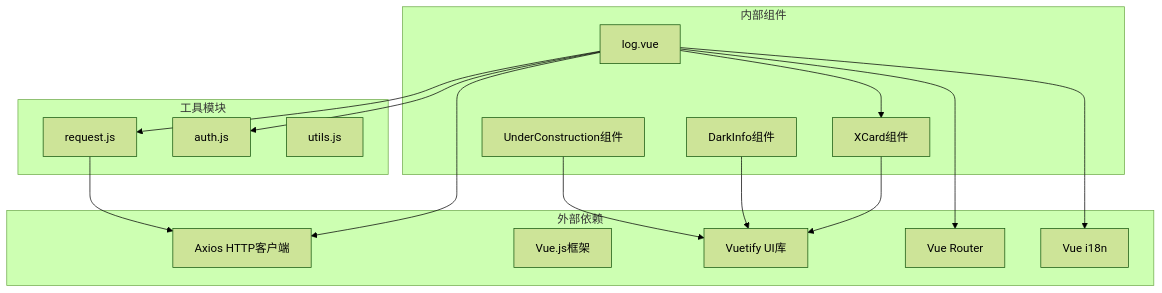
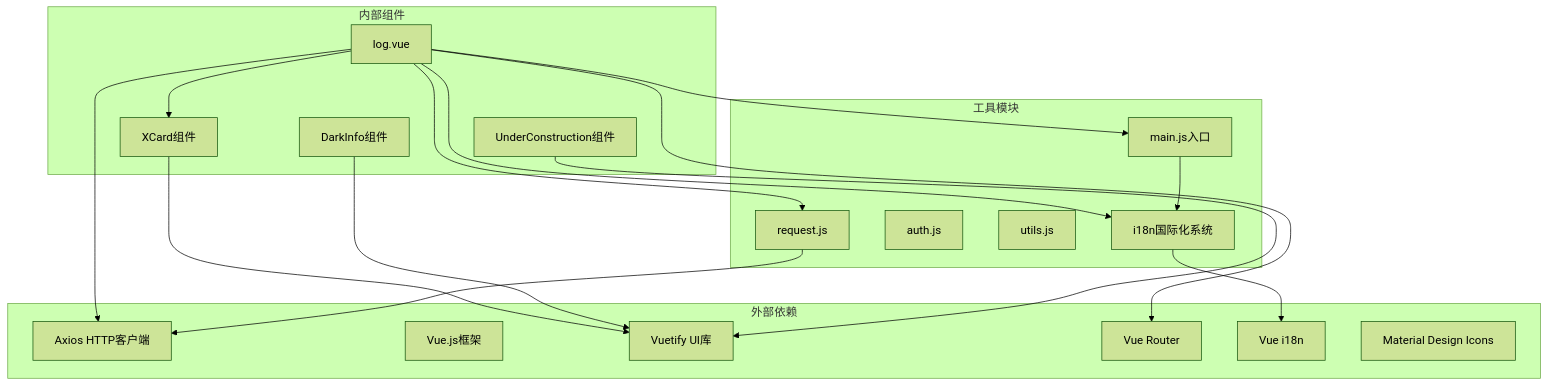
Before and after one commit to TinyMaD/SpeedRunnersLab: the seventh of 8 diagrams in .qoder/repowiki/zh/content/前端应用/组件架构/业务组件/前端评论组件.md, drawn with Mermaid (forest theme). The commit also changed other lines of this file and 34 other files, not shown here.

````diff
--- a/.qoder/repowiki/zh/content/前端应用/组件架构/业务组件/前端评论组件.md
+++ b/.qoder/repowiki/zh/content/前端应用/组件架构/业务组件/前端评论组件.md
@@ -252,31 +321,36 @@
 ```mermaid
 graph TB
 subgraph "外部依赖"
 A[Axios HTTP客户端]
 B[Vue.js框架]
 C[Vuetify UI库]
 D[Vue Router]
 E[Vue i18n]
+F[Material Design Icons]
 end
 subgraph "内部组件"
-F[log.vue]
-G[XCard组件]
-H[DarkInfo组件]
-I[UnderConstruction组件]
+G[log.vue]
+H[XCard组件]
+I[DarkInfo组件]
+J[UnderConstruction组件]
 end
 subgraph "工具模块"
-J[request.js]
-K[auth.js]
-L[utils.js]
+K[request.js]
+L[auth.js]
+M[utils.js]
+N[i18n国际化系统]
+O[main.js入口]
 end
-F --> G
-F --> A
-F --> E
-G --> C
+G --> H
+G --> A
+G --> N
 H --> C
 I --> C
-F --> J
-J --> A
-F --> D
-F --> K
+J --> C
+G --> K
+K --> A
+G --> D
+G --> O
+O --> N
+N --> E
 ```
````
